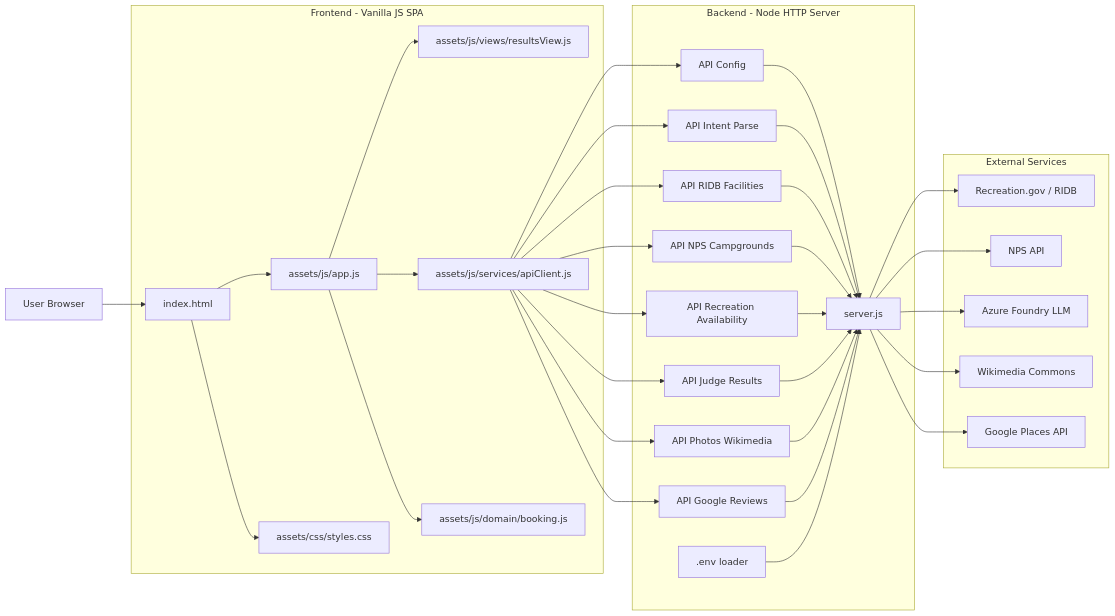
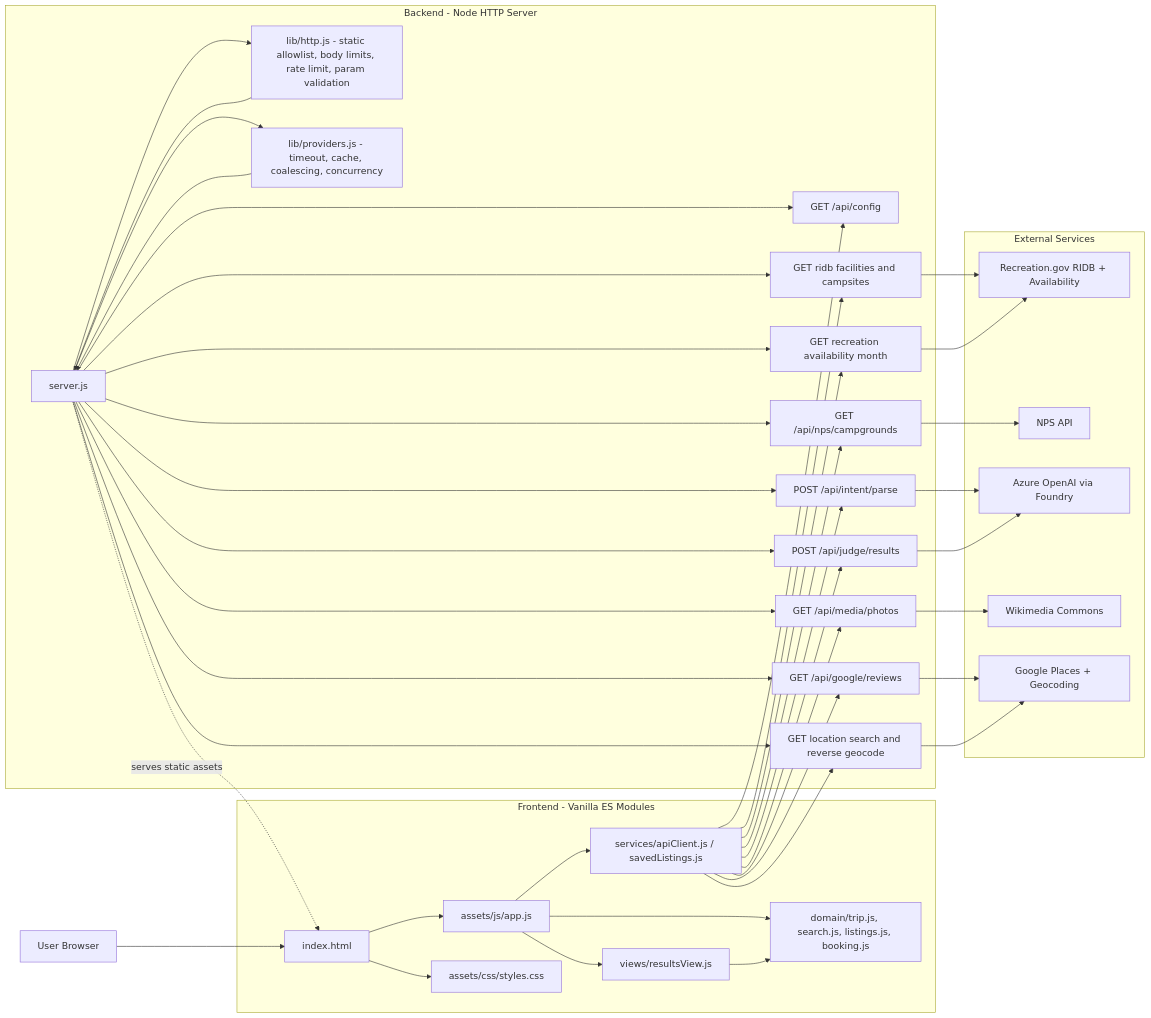
The diagram in ARCHITECTURE.md (shek045/campin), drawn with Mermaid before and after one commit. The commit also changed other lines of this file and 27 other files, not shown here.

First line of the commit message:
Harden server, make results truthful, and improve search and Explore

````diff
--- a/ARCHITECTURE.md
+++ b/ARCHITECTURE.md
@@ -5,67 +5,80 @@
 ```mermaid
 flowchart LR
   U[User Browser]
 
-  subgraph FE[Frontend - Vanilla JS SPA]
+  subgraph FE[Frontend - Vanilla ES Modules]
     H[index.html]
     A[assets/js/app.js]
-    RV[assets/js/views/resultsView.js]
-    API[assets/js/services/apiClient.js]
-    BK[assets/js/domain/booking.js]
+    RV[views/resultsView.js]
+    SVC[services/apiClient.js / savedListings.js]
+    DOM[domain/trip.js, search.js, listings.js, booking.js]
     CSS[assets/css/styles.css]
   end
 
   subgraph BE[Backend - Node HTTP Server]
     S[server.js]
-    ENV[.env loader]
-    CFG[API Config]
-    INT[API Intent Parse]
-    RIDB[API RIDB Facilities]
-    NPS[API NPS Campgrounds]
-    AV[API Recreation Availability]
-    JR[API Judge Results]
-    PH[API Photos Wikimedia]
-    GR[API Google Reviews]
+    LH[lib/http.js - static allowlist, body limits, rate limit, param validation]
+    LP[lib/providers.js - timeout, cache, coalescing, concurrency]
+    CFG[GET /api/config]
+    INT[POST /api/intent/parse]
+    JR[POST /api/judge/results]
+    RIDB[GET ridb facilities and campsites]
+    NPS[GET /api/nps/campgrounds]
+    AV[GET recreation availability month]
+    PH[GET /api/media/photos]
+    GR[GET /api/google/reviews]
+    GEO[GET location search and reverse geocode]
   end
 
   subgraph EXT[External Services]
-    RG[Recreation.gov / RIDB]
+    RG[Recreation.gov RIDB + Availability]
     NP[NPS API]
-    AZ[Azure Foundry LLM]
+    AZ[Azure OpenAI via Foundry]
     WM[Wikimedia Commons]
-    GP[Google Places API]
+    GP[Google Places + Geocoding]
   end
 
   U --> H
   H --> A
   A --> RV
-  A --> API
-  A --> BK
+  A --> SVC
+  A --> DOM
+  RV --> DOM
   H --> CSS
 
-  API --> CFG
-  API --> INT
-  API --> RIDB
-  API --> NPS
-  API --> AV
-  API --> JR
-  API --> PH
-  API --> GR
+  SVC --> CFG
+  SVC --> INT
+  SVC --> JR
+  SVC --> RIDB
+  SVC --> NPS
+  SVC --> AV
+  SVC --> PH
+  SVC --> GR
+  SVC --> GEO
 
-  CFG --> S
-  INT --> S
-  RIDB --> S
-  NPS --> S
-  AV --> S
-  JR --> S
-  PH --> S
-  GR --> S
+  S --> LH
+  S --> LP
+  S --> CFG
+  S --> INT
+  S --> JR
+  S --> RIDB
+  S --> NPS
+  S --> AV
+  S --> PH
+  S --> GR
+  S --> GEO
 
-  ENV --> S
+  S -.serves static assets.-> H
 
-  S --> RG
-  S --> NP
-  S --> AZ
-  S --> WM
-  S --> GP
+  LH --> S
+  LP --> S
+
+  RIDB --> RG
+  AV --> RG
+  NPS --> NP
+  INT --> AZ
+  JR --> AZ
+  PH --> WM
+  GR --> GP
+  GEO --> GP
 ```
````
